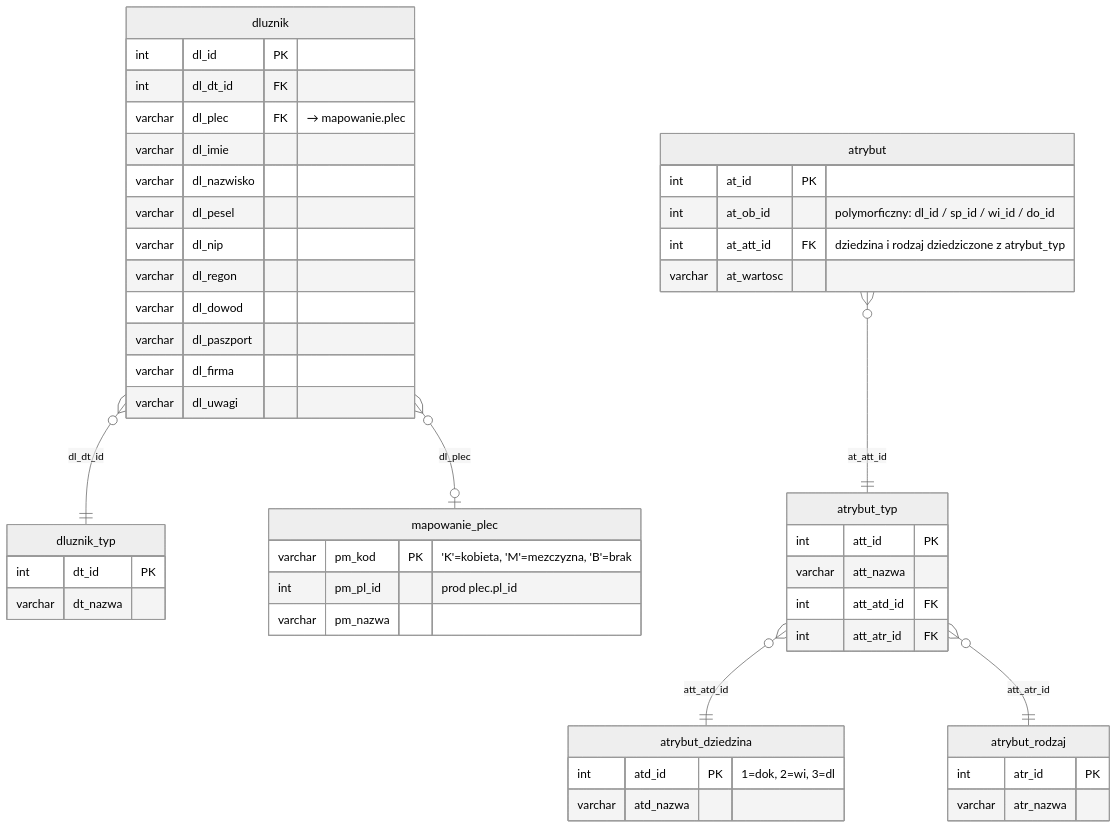
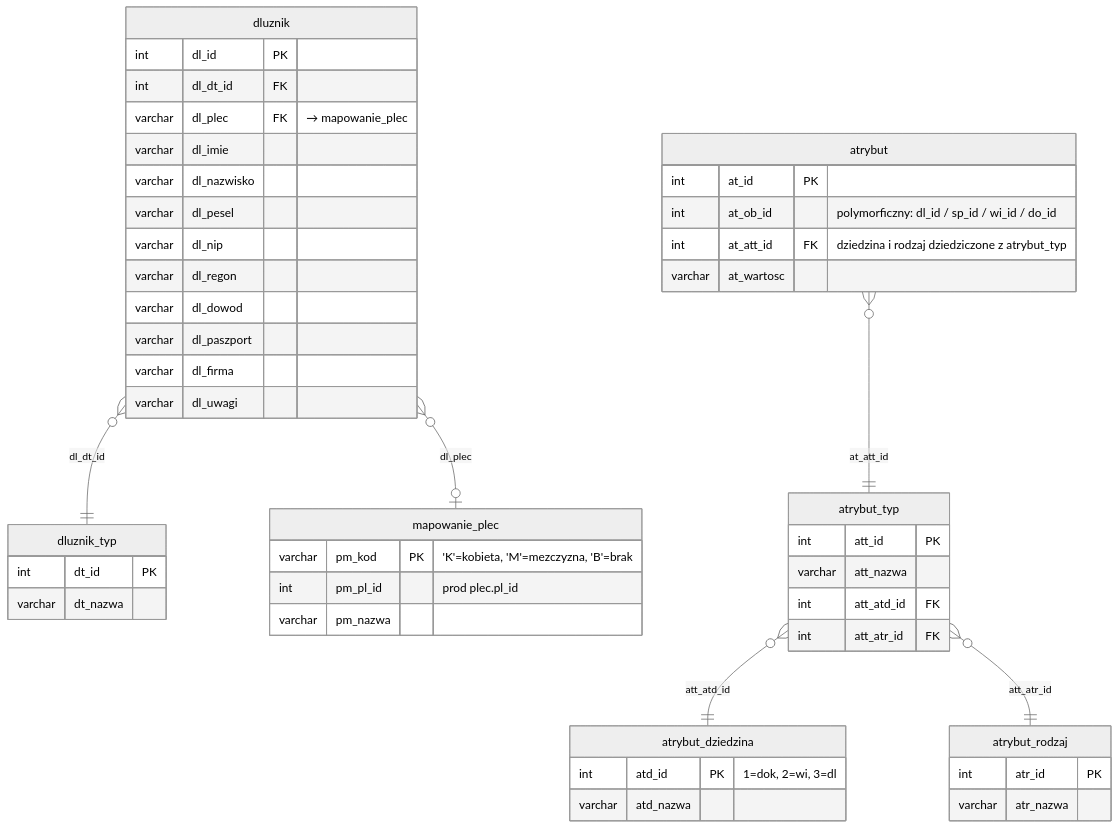
One commit to oskar-bialek-bakk/intrum-migration-docs changed the diagram in docs/struktura-stagingu/dluznicy.md. Above: the diagram before and after it, drawn with Mermaid (neutral theme). The commit also changed other lines of this file and 21 other files, not shown here.

````diff
--- a/docs/struktura-stagingu/dluznicy.md
+++ b/docs/struktura-stagingu/dluznicy.md
@@ -22,58 +26,58 @@
 ```mermaid
 erDiagram
     dluznik_typ {
         int     dt_id    PK
         varchar dt_nazwa
     }
 
     mapowanie_plec {
         varchar pm_kod    PK  "'K'=kobieta, 'M'=mezczyzna, 'B'=brak"
         int     pm_pl_id      "prod plec.pl_id"
         varchar pm_nazwa
     }
 
     dluznik {
         int     dl_id         PK
         int     dl_dt_id      FK
-        varchar dl_plec       FK  "→ mapowanie.plec"
+        varchar dl_plec       FK  "→ mapowanie_plec"
         varchar dl_imie
         varchar dl_nazwisko
         varchar dl_pesel
         varchar dl_nip
         varchar dl_regon
         varchar dl_dowod
         varchar dl_paszport
         varchar dl_firma
         varchar dl_uwagi
     }
 
     atrybut_dziedzina {
         int     atd_id    PK   "1=dok, 2=wi, 3=dl"
         varchar atd_nazwa
     }
 
     atrybut_rodzaj {
         int     atr_id    PK
         varchar atr_nazwa
     }
 
     atrybut_typ {
         int     att_id     PK
         varchar att_nazwa
         int     att_atd_id FK
         int     att_atr_id FK
     }
 
     atrybut {
         int     at_id     PK
         int     at_ob_id       "polymorficzny: dl_id / sp_id / wi_id / do_id"
         int     at_att_id FK   "dziedzina i rodzaj dziedziczone z atrybut_typ"
         varchar at_wartosc
     }
 
     dluznik     }o--||  dluznik_typ       : "dl_dt_id"
     dluznik     }o--o|  mapowanie_plec    : "dl_plec"
     atrybut     }o--||  atrybut_typ       : "at_att_id"
     atrybut_typ }o--||  atrybut_dziedzina : "att_atd_id"
     atrybut_typ }o--||  atrybut_rodzaj    : "att_atr_id"
 ```
````
